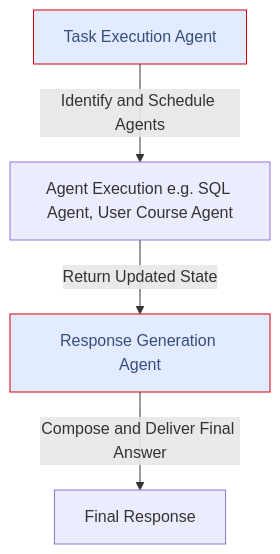
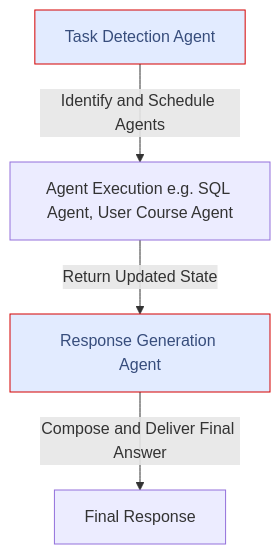
One commit to BigDataIA-Fall2024-Team-5/Final-Project-Proposal changed the third of 8 diagrams in docs/document.md. Above: the diagram before and after it, drawn with Mermaid. The commit also changed other lines of this file and 4 other files, not shown here.

````diff
--- a/docs/document.md
+++ b/docs/document.md
@@ -377,11 +377,11 @@
 ```mermaid
 flowchart TD
-    A["Task Execution Agent"] -- Identify and Schedule Agents --> B["Agent Execution e.g. SQL Agent, User Course Agent"]
+    A["Task Detection Agent"] -- Identify and Schedule Agents --> B["Agent Execution e.g. SQL Agent, User Course Agent"]
     B -- Return Updated State --> C["Response Generation Agent"]
     C -- Compose and Deliver Final Answer --> D["Final Response"]
      A:::Sky
      C:::Sky
     classDef Sky stroke-width:1px, stroke-dasharray:none, stroke:#374D7C, fill:#E2EBFF, color:#374D7C
     style A stroke:#D50000
     style C stroke:#D50000
 ```
````
